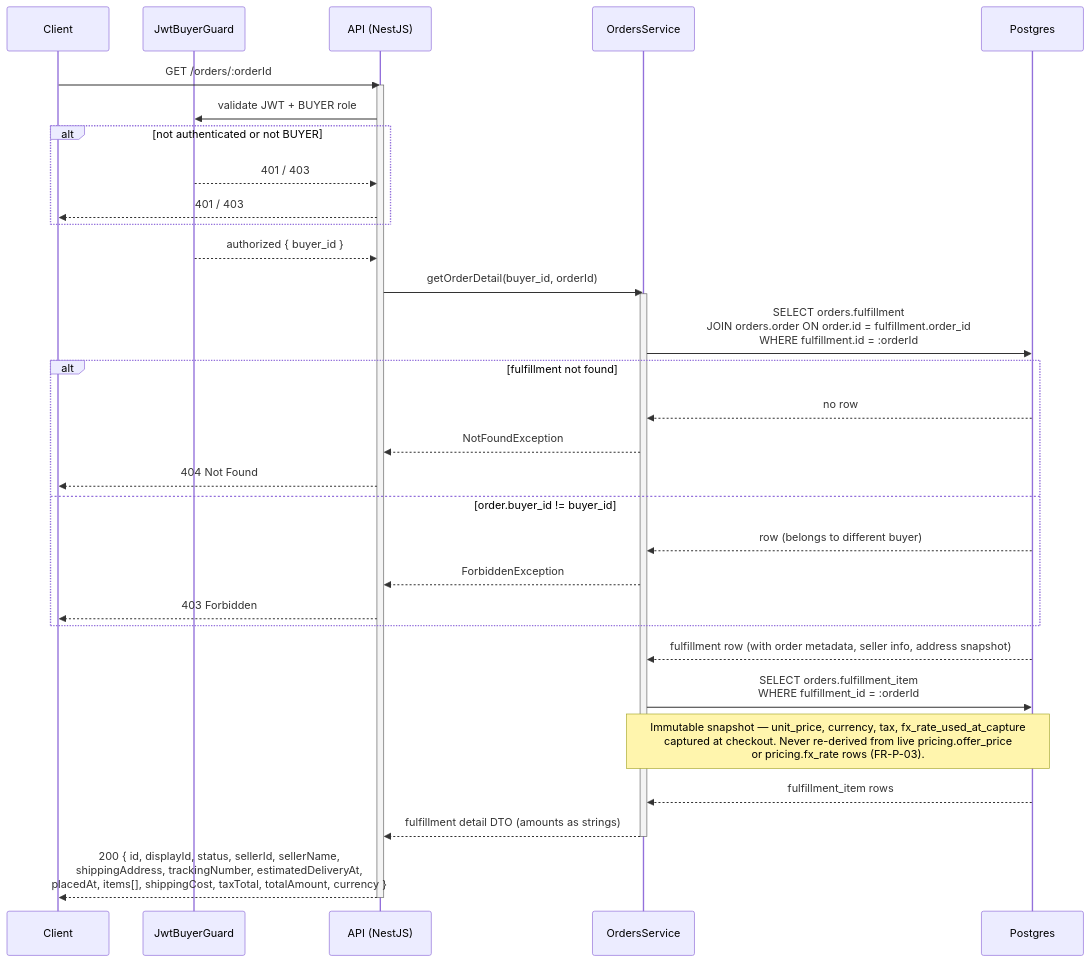
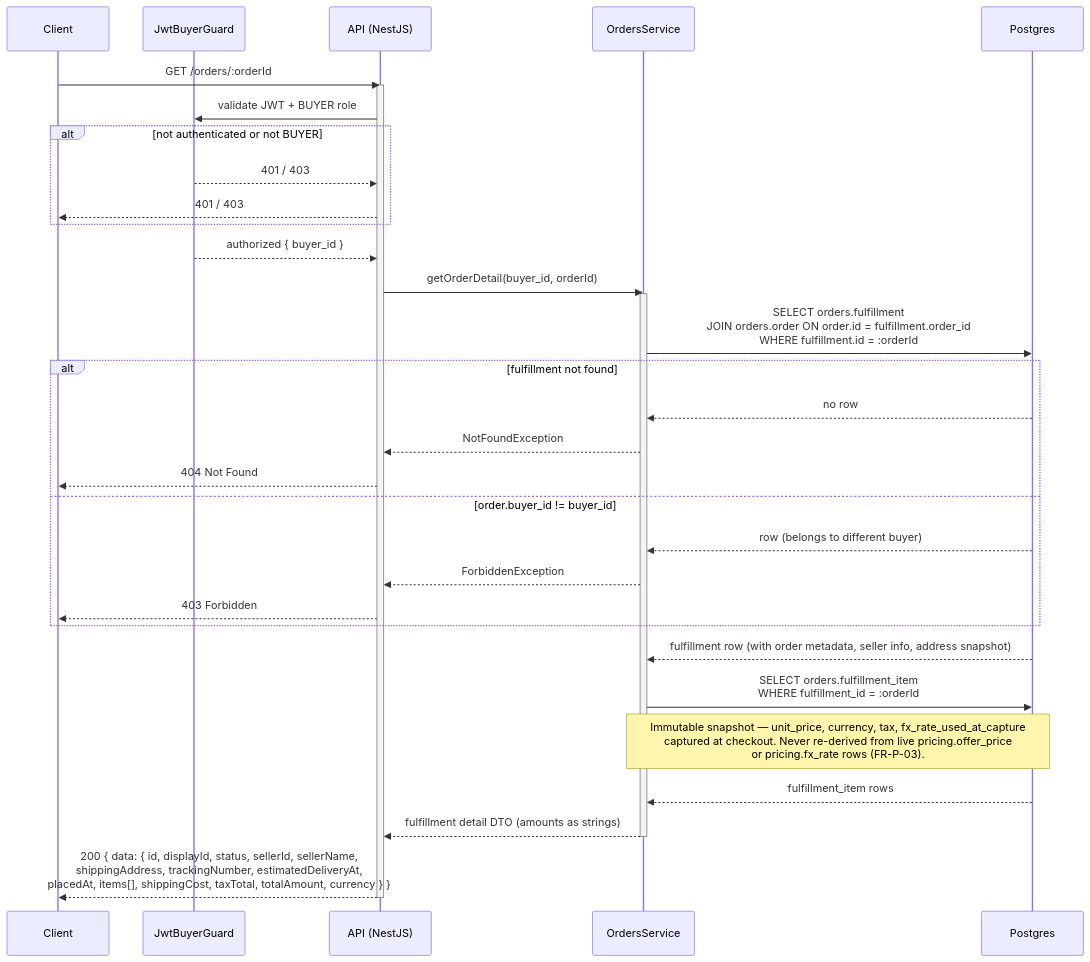
The third of 3 diagrams in phase-1/technical-design/api-design/orders.md (alisa-uthi/aliceut-ecom-document), drawn with Mermaid before and after one commit. The commit also changed other lines of this file and 22 other files, not shown here.

````diff
--- a/phase-1/technical-design/api-design/orders.md
+++ b/phase-1/technical-design/api-design/orders.md
@@ -381,37 +385,37 @@
 ```mermaid
 sequenceDiagram
     participant C as Client
     participant G as JwtBuyerGuard
     participant A as API (NestJS)
     participant O as OrdersService
     participant P as Postgres
 
     C->>A: GET /orders/:orderId
     activate A
     A->>G: validate JWT + BUYER role
     alt not authenticated or not BUYER
         G-->>A: 401 / 403
         A-->>C: 401 / 403
     end
     G-->>A: authorized { buyer_id }
     A->>O: getOrderDetail(buyer_id, orderId)
     activate O
     O->>P: SELECT orders.fulfillment<br/>JOIN orders.order ON order.id = fulfillment.order_id<br/>WHERE fulfillment.id = :orderId
     alt fulfillment not found
         P-->>O: no row
         O-->>A: NotFoundException
         A-->>C: 404 Not Found
     else order.buyer_id != buyer_id
         P-->>O: row (belongs to different buyer)
         O-->>A: ForbiddenException
         A-->>C: 403 Forbidden
     end
     P-->>O: fulfillment row (with order metadata, seller info, address snapshot)
     O->>P: SELECT orders.fulfillment_item<br/>WHERE fulfillment_id = :orderId
     Note over O,P: Immutable snapshot — unit_price, currency, tax, fx_rate_used_at_capture<br/>captured at checkout. Never re-derived from live pricing.offer_price<br/>or pricing.fx_rate rows (FR-P-03).
     P-->>O: fulfillment_item rows
     O-->>A: fulfillment detail DTO (amounts as strings)
     deactivate O
-    A-->>C: 200 { id, displayId, status, sellerId, sellerName,<br/>  shippingAddress, trackingNumber, estimatedDeliveryAt,<br/>  placedAt, items[], shippingCost, taxTotal, totalAmount, currency }
+    A-->>C: 200 { data: { id, displayId, status, sellerId, sellerName,<br/>  shippingAddress, trackingNumber, estimatedDeliveryAt,<br/>  placedAt, items[], shippingCost, taxTotal, totalAmount, currency } }
     deactivate A
 ```
````
